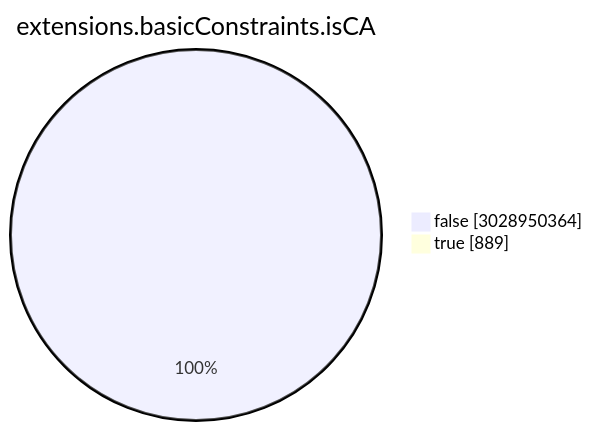
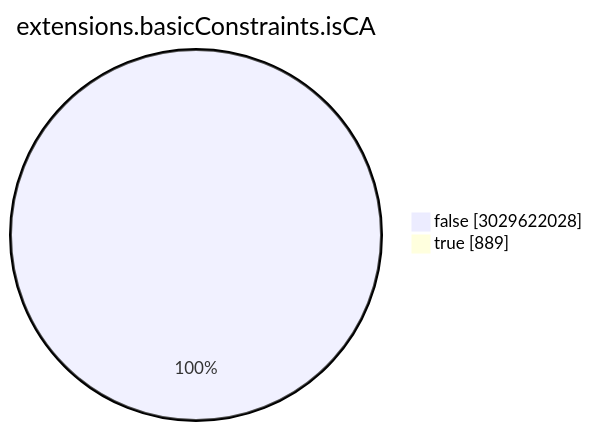
Before and after one commit to christiankrug/ctmonitor_visualization: the seventh of 15 diagrams in TOTAL/README.md, drawn with Mermaid. The commit also changed other lines of this file, not shown here.

````diff
--- a/TOTAL/README.md
+++ b/TOTAL/README.md
@@ -3087,6 +3087,6 @@
 ```mermaid
 pie showData
 title extensions.basicConstraints.isCA
-"false" :3028950364
+"false" :3029622028
 "true" :889
 ```
````
